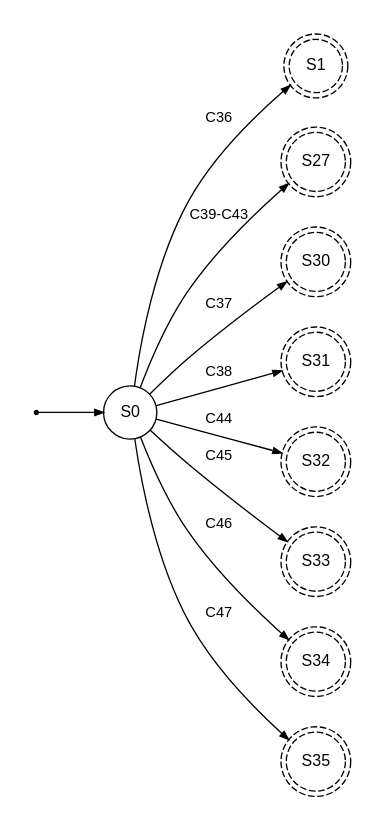
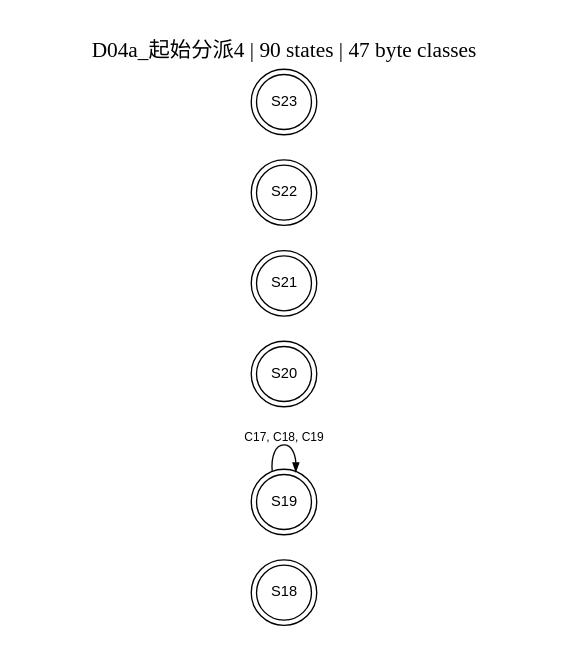
The diagram in 实验设计/LL1与图示/矢量图/D04a_起始分派4.dot (EternalLonging/AAACompilerDevelopment), drawn with Graphviz before and after one commit. The commit also changed 86 other files, not shown here.

```diff
--- a/实验设计/LL1与图示/矢量图/D04a_起始分派4.dot
+++ b/实验设计/LL1与图示/矢量图/D04a_起始分派4.dot
@@ -1,19 +1,14 @@
-digraph G { graph [rankdir=LR, bgcolor="white", nodesep=0.3, ranksep=0.65, pad=0.25]; node [fontname="Arial", fontsize=12, shape=circle, width=0.55]; edge [fontname="Arial", fontsize=11, arrowsize=0.65];n0 [label="S0",shape=circle,style=solid];
-n1 [label="S1",shape=doublecircle,style=dashed];
-n27 [label="S27",shape=doublecircle,style=dashed];
-n30 [label="S30",shape=doublecircle,style=dashed];
-n31 [label="S31",shape=doublecircle,style=dashed];
-n32 [label="S32",shape=doublecircle,style=dashed];
-n33 [label="S33",shape=doublecircle,style=dashed];
-n34 [label="S34",shape=doublecircle,style=dashed];
-n35 [label="S35",shape=doublecircle,style=dashed];
-start [shape=point,width=0.04]; start -> n0;
-n0 -> n1 [label="C36"];
-n0 -> n30 [label="C37"];
-n0 -> n31 [label="C38"];
-n0 -> n27 [label="C39-C43"];
-n0 -> n32 [label="C44"];
-n0 -> n33 [label="C45"];
-n0 -> n34 [label="C46"];
-n0 -> n35 [label="C47"];
+digraph G {
+  graph [rankdir=LR, bgcolor="white", nodesep=0.25, ranksep=0.55, pad=0.25];
+  node [fontname="Arial", fontsize=11, shape=circle, width=0.55];
+  edge [fontname="Arial", fontsize=9, arrowsize=0.6];
+  label="D04a_起始分派4 | 90 states | 47 byte classes";
+  labelloc="t"; fontsize=16;
+  n18 [label="S18", shape=doublecircle];
+  n19 [label="S19", shape=doublecircle];
+  n20 [label="S20", shape=doublecircle];
+  n21 [label="S21", shape=doublecircle];
+  n22 [label="S22", shape=doublecircle];
+  n23 [label="S23", shape=doublecircle];
+  n19 -> n19 [label="C17, C18, C19"];
 }
```
